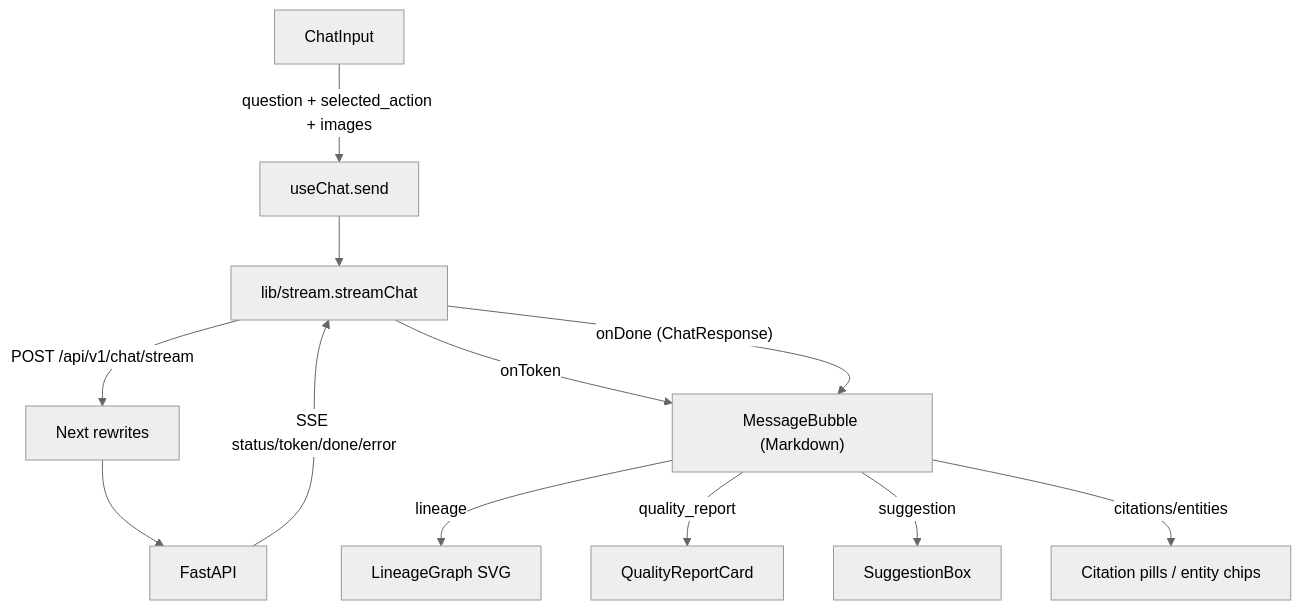
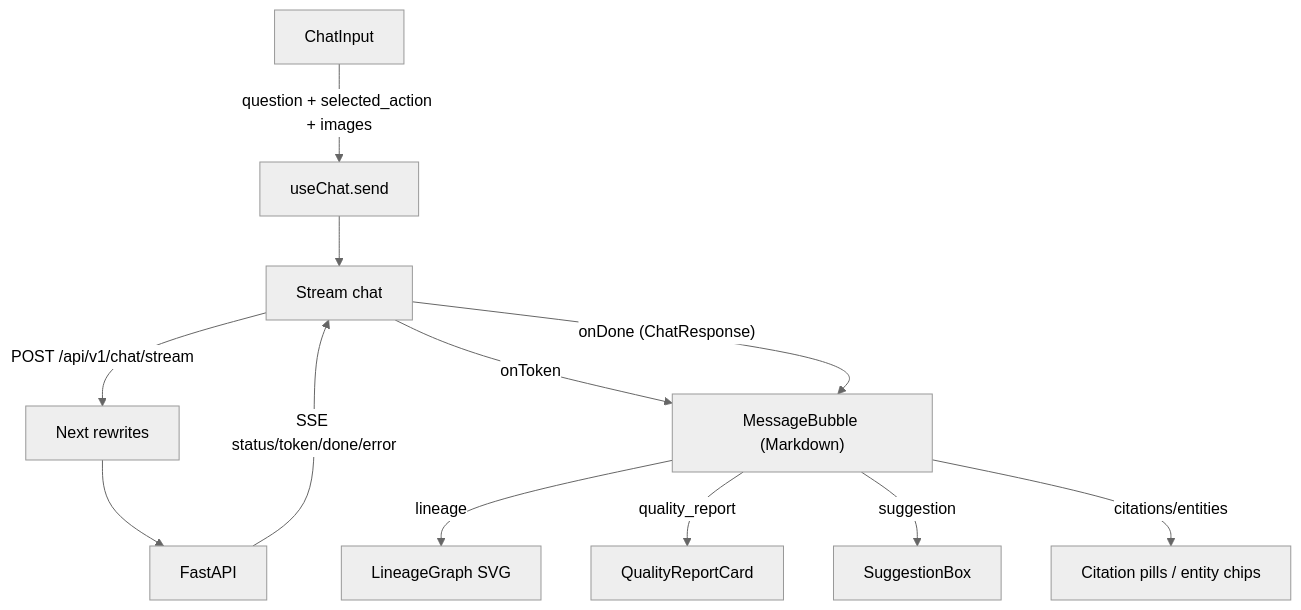
Diagram 12 of 16 in datahub-ai-chatbot/docs/TECHNICAL_ARCHITECTURE_REPORT.md (anoreo07/datahub_ai_chatbot), drawn with Mermaid (neutral theme) before and after one commit. The commit also changed other lines of this file and 414 other files, not shown here.

````diff
--- a/datahub-ai-chatbot/docs/TECHNICAL_ARCHITECTURE_REPORT.md
+++ b/datahub-ai-chatbot/docs/TECHNICAL_ARCHITECTURE_REPORT.md
@@ -990,14 +429,14 @@
 ```mermaid
 flowchart TD
     CI["ChatInput"] -->|"question + selected_action + images"| UCHAT["useChat.send"]
-    UCHAT --> STREAM["lib/stream.streamChat"]
+    UCHAT --> STREAM["Stream chat"]
     STREAM -->|"POST /api/v1/chat/stream"| PROXY["Next rewrites"]
     PROXY --> API2["FastAPI"]
     API2 -->|"SSE status/token/done/error"| STREAM
     STREAM -->|"onToken"| BUBBLE["MessageBubble (Markdown)"]
     STREAM -->|"onDone (ChatResponse)"| BUBBLE
     BUBBLE -->|"lineage"| LG["LineageGraph SVG"]
     BUBBLE -->|"quality_report"| QRC["QualityReportCard"]
     BUBBLE -->|"suggestion"| SB["SuggestionBox"]
     BUBBLE -->|"citations/entities"| CIT["Citation pills / entity chips"]
 ```
````
